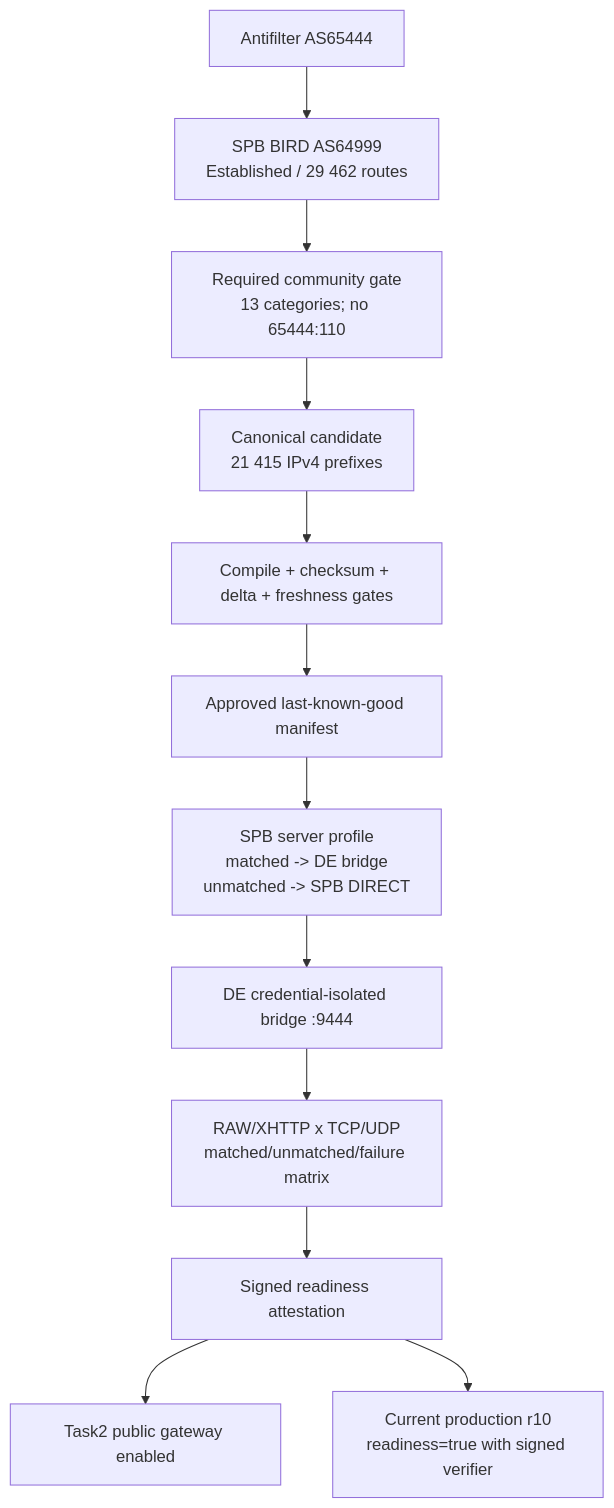
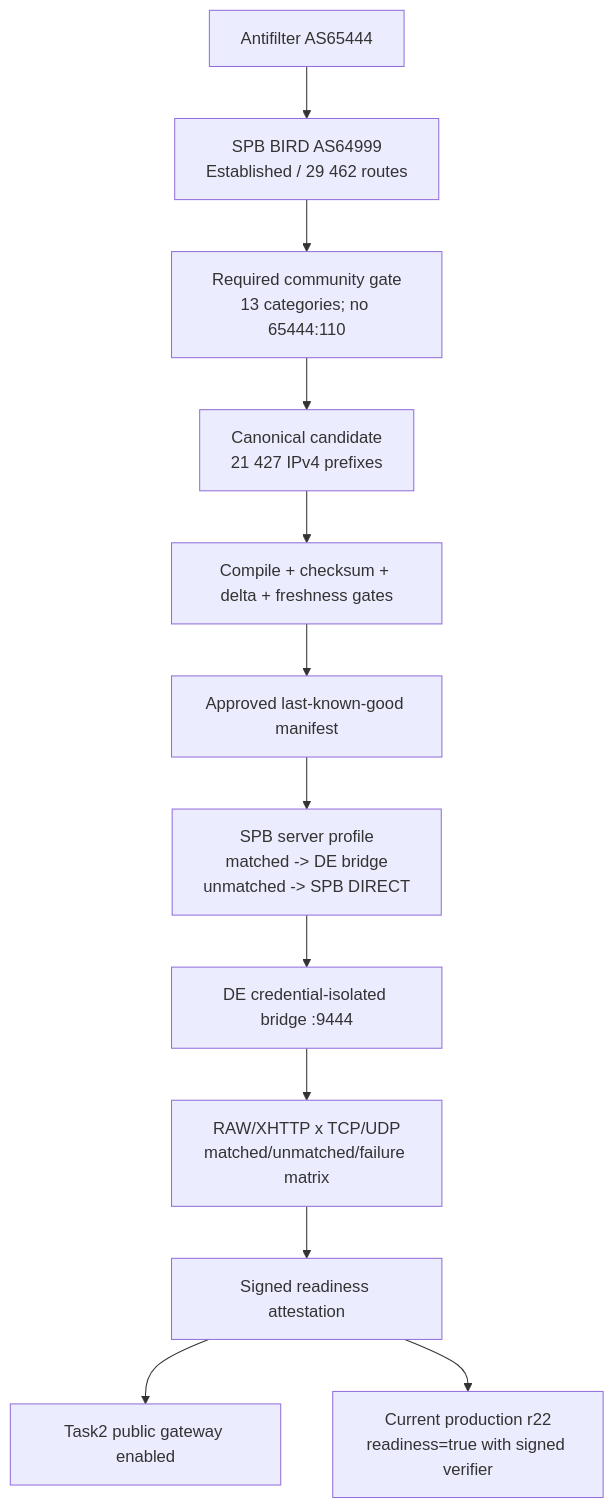
The third of 4 diagrams in docs/architecture/CYBERVPN_PREMIUM_SMART_RU_CURRENT_PRODUCTION_ARCHITECTURE.md (Beep206/CyberVPN), drawn with Mermaid before and after one commit. The commit also changed other lines of this file and 53 other files, not shown here.

````diff
--- a/docs/architecture/CYBERVPN_PREMIUM_SMART_RU_CURRENT_PRODUCTION_ARCHITECTURE.md
+++ b/docs/architecture/CYBERVPN_PREMIUM_SMART_RU_CURRENT_PRODUCTION_ARCHITECTURE.md
@@ -682,14 +714,14 @@
 ```mermaid
 flowchart TD
     AF["Antifilter AS65444"] --> BGP["SPB BIRD AS64999\nEstablished / 29 462 routes"]
     BGP --> PC["Required community gate\n13 categories; no 65444:110"]
-    PC --> CAN["Canonical candidate\n21 415 IPv4 prefixes"]
+    PC --> CAN["Canonical candidate\n21 427 IPv4 prefixes"]
     CAN --> CMP["Compile + checksum + delta + freshness gates"]
     CMP --> LKG["Approved last-known-good manifest"]
     LKG --> SPB["SPB server profile\nmatched -> DE bridge\nunmatched -> SPB DIRECT"]
     SPB --> DE["DE credential-isolated bridge :9444"]
     DE --> MAT["RAW/XHTTP x TCP/UDP\nmatched/unmatched/failure matrix"]
     MAT --> ATT["Signed readiness attestation"]
     ATT --> GW2["Task2 public gateway enabled"]
-    ATT --> FC2["Current production r10\nreadiness=true with signed verifier"]
+    ATT --> FC2["Current production r22\nreadiness=true with signed verifier"]
 ```
````
